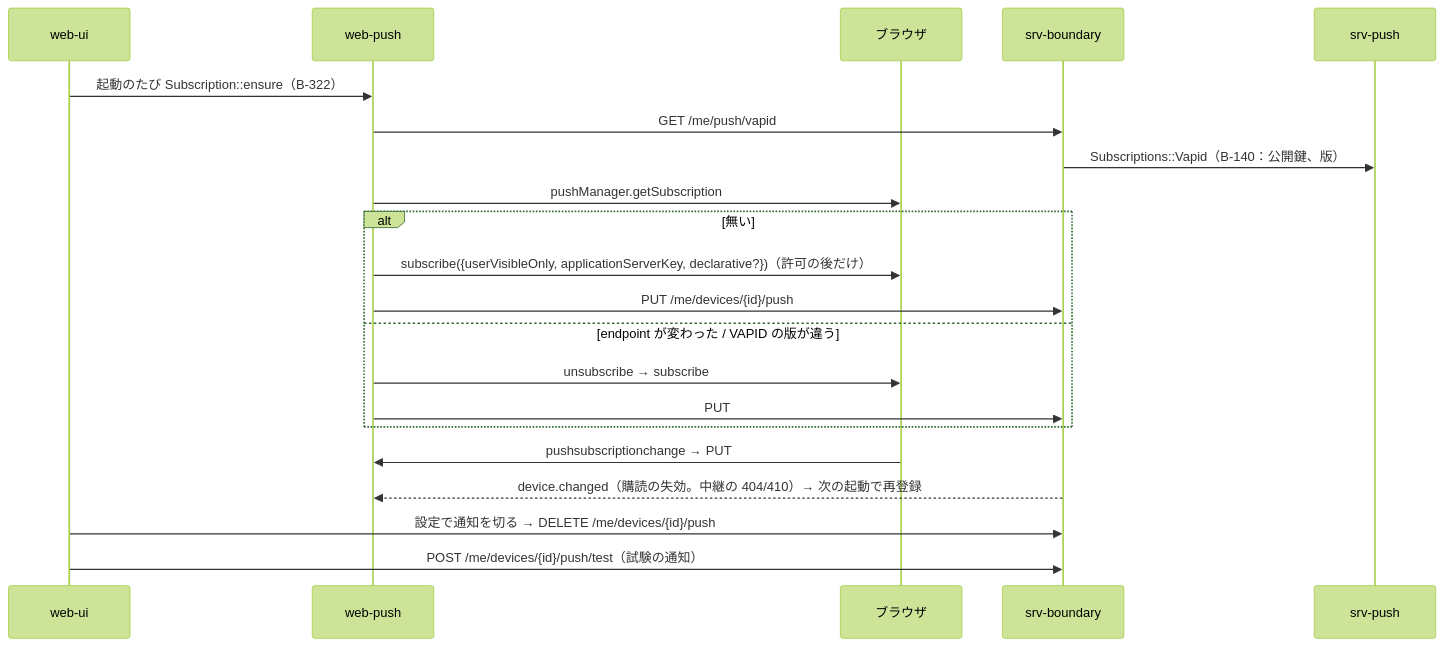
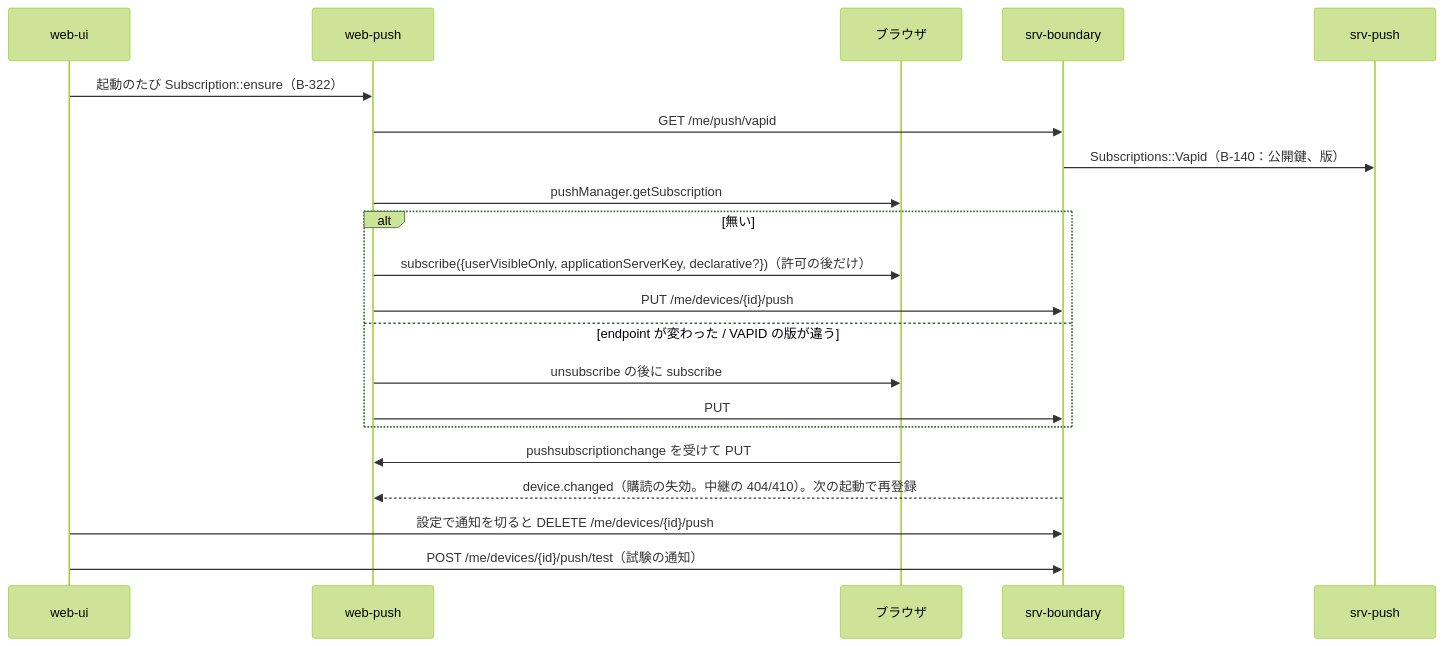
The fifth of 5 diagrams in dev/docs/jp/シーケンス/08_通知.md (nrsd-ishikawasou/family-talk-pwa), drawn with Mermaid (forest theme) before and after one commit. The commit also changed other lines of this file and 290 other files, not shown here.

````diff
--- a/dev/docs/jp/シーケンス/08_通知.md
+++ b/dev/docs/jp/シーケンス/08_通知.md
@@ -163,23 +175,23 @@
 ```mermaid
 sequenceDiagram
   participant UI as web-ui
   participant WP as web-push
   participant OS as ブラウザ
   participant BD as srv-boundary
   participant PS as srv-push
   UI->>WP: 起動のたび Subscription::ensure（B-322）
   WP->>BD: GET /me/push/vapid
   BD->>PS: Subscriptions::Vapid（B-140：公開鍵、版）
   WP->>OS: pushManager.getSubscription
   alt 無い
     WP->>OS: subscribe({userVisibleOnly, applicationServerKey, declarative?})（許可の後だけ）
     WP->>BD: PUT /me/devices/{id}/push
   else endpoint が変わった / VAPID の版が違う
-    WP->>OS: unsubscribe → subscribe
+    WP->>OS: unsubscribe の後に subscribe
     WP->>BD: PUT
   end
-  OS->>WP: pushsubscriptionchange → PUT
-  BD-->>WP: device.changed（購読の失効。中継の 404/410）→ 次の起動で再登録
-  UI->>BD: 設定で通知を切る → DELETE /me/devices/{id}/push
+  OS->>WP: pushsubscriptionchange を受けて PUT
+  BD-->>WP: device.changed（購読の失効。中継の 404/410）。次の起動で再登録
+  UI->>BD: 設定で通知を切ると DELETE /me/devices/{id}/push
   UI->>BD: POST /me/devices/{id}/push/test（試験の通知）
 ```
````
